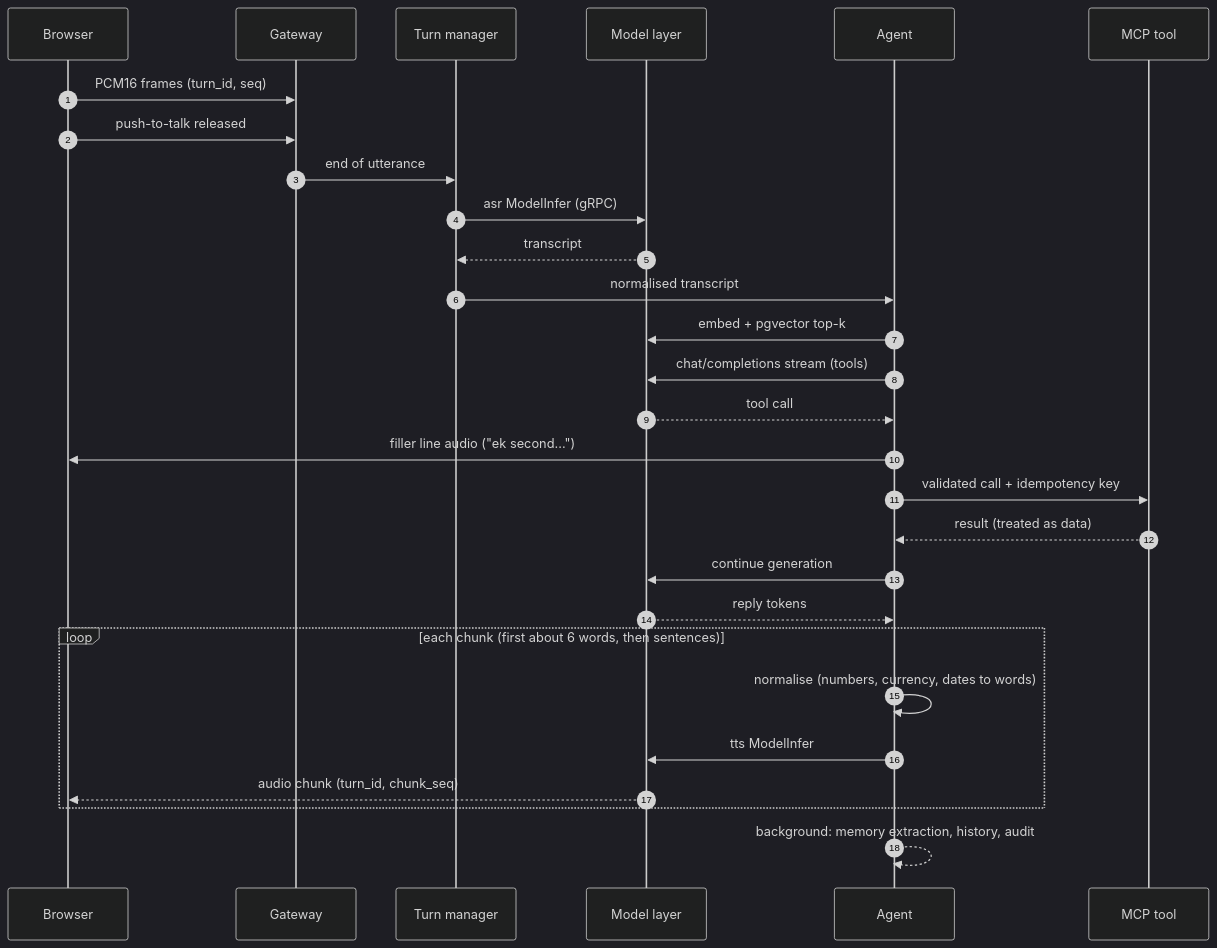
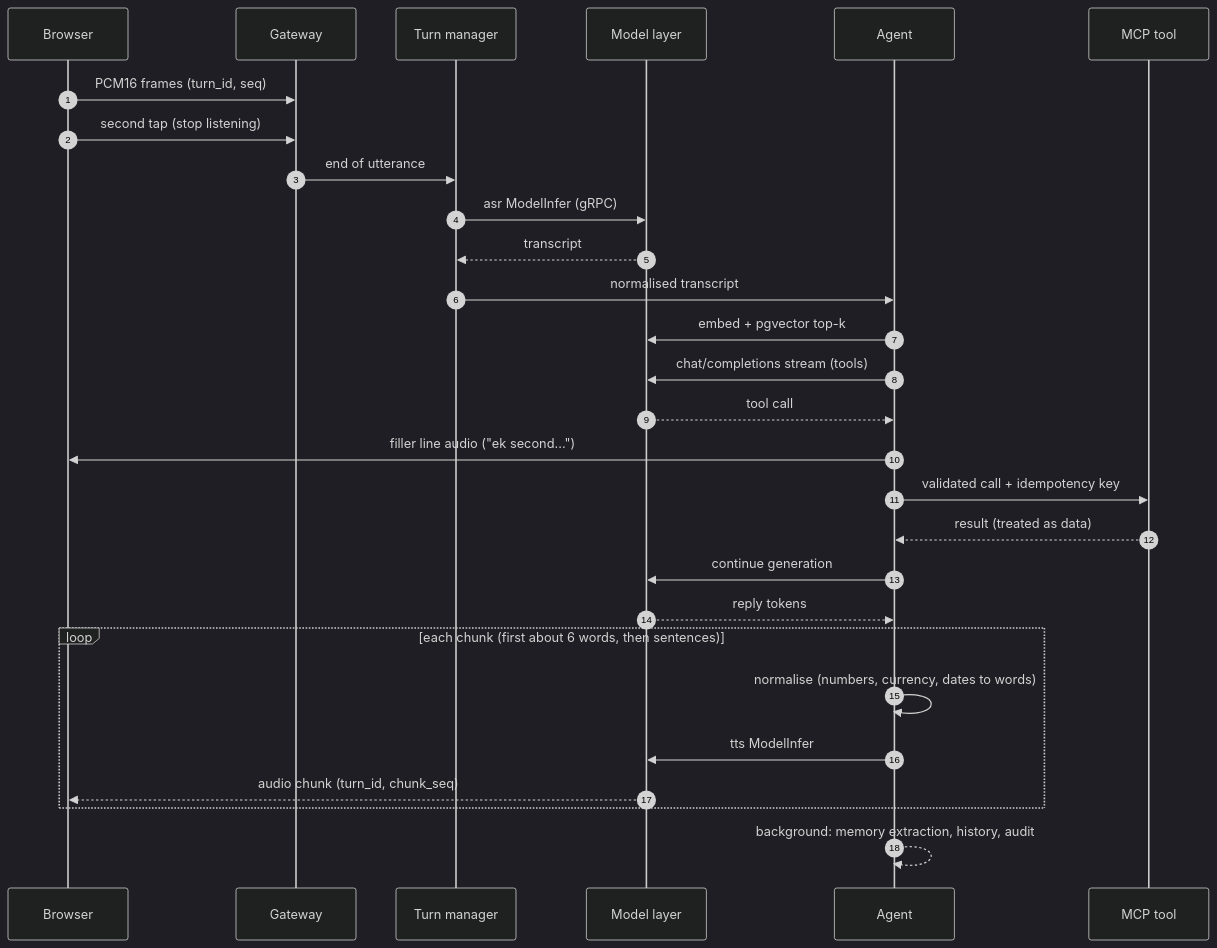
The sixth of 15 diagrams in docs/specs/2026-10-04-fryday-architecture.md (Analyst-Harsh/Fryday), drawn with Mermaid (dark theme) before and after one commit. The commit also changed other lines of this file and 1 other file, not shown here.

First line of the commit message:
docs: switch v1 input from push-to-talk to tap-to-start / tap-to-stop

````diff
--- a/docs/specs/2026-10-04-fryday-architecture.md
+++ b/docs/specs/2026-10-04-fryday-architecture.md
@@ -400,30 +400,30 @@
 ```mermaid
 sequenceDiagram
     autonumber
     participant B as Browser
     participant G as Gateway
     participant T as Turn manager
     participant M as Model layer
     participant A as Agent
     participant X as MCP tool
     B->>G: PCM16 frames (turn_id, seq)
-    B->>G: push-to-talk released
+    B->>G: second tap (stop listening)
     G->>T: end of utterance
     T->>M: asr ModelInfer (gRPC)
     M-->>T: transcript
     T->>A: normalised transcript
     A->>M: embed + pgvector top-k
     A->>M: chat/completions stream (tools)
     M-->>A: tool call
     A->>B: filler line audio ("ek second...")
     A->>X: validated call + idempotency key
     X-->>A: result (treated as data)
     A->>M: continue generation
     M-->>A: reply tokens
     loop each chunk (first about 6 words, then sentences)
         A->>A: normalise (numbers, currency, dates to words)
         A->>M: tts ModelInfer
         M-->>B: audio chunk (turn_id, chunk_seq)
     end
     A-->>A: background: memory extraction, history, audit
 ```
````
